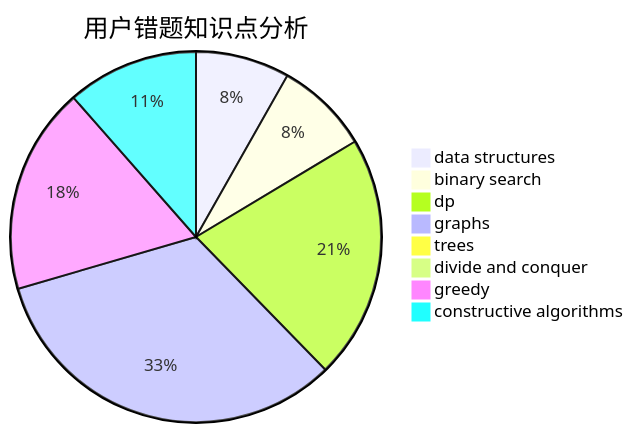
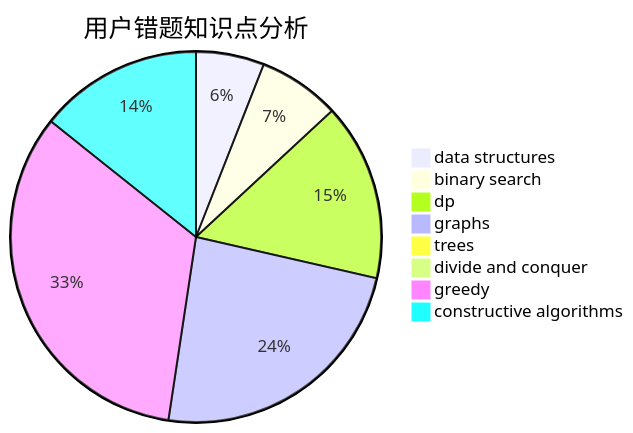
One commit to sherpahu/cfrs.github.io changed the third of 3 diagrams in docs/user/u823.md. Above: the diagram before and after it, drawn with Mermaid. The commit also changed other lines of this file and 2770 other files, not shown here.

````diff
--- a/docs/user/u823.md
+++ b/docs/user/u823.md
@@ -36,11 +36,11 @@
 ```mermaid
 pie title 用户错题知识点分析
     "data structures" :  5
-    "binary search" :  5
+    "binary search" :  6
     "dp" :  13
     "graphs" :  20
     "trees" :  0
     "divide and conquer" :  0
-    "greedy" :  11
-    "constructive algorithms" :  7
+    "greedy" :  28
+    "constructive algorithms" :  12
 ```
````
